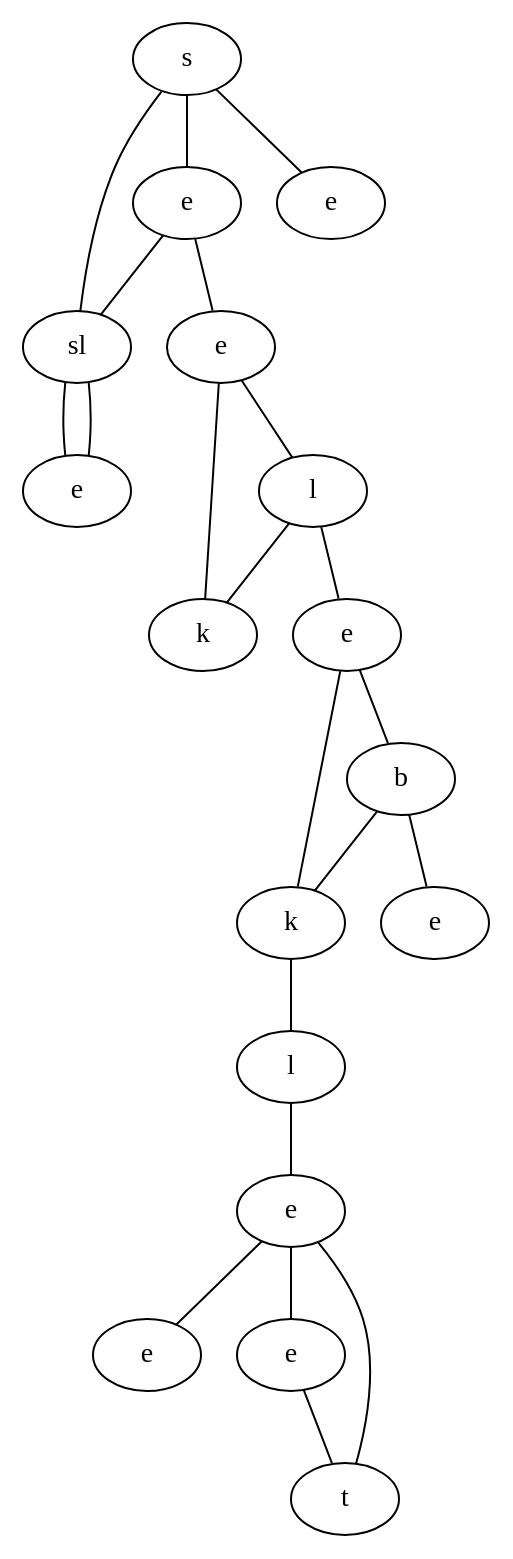
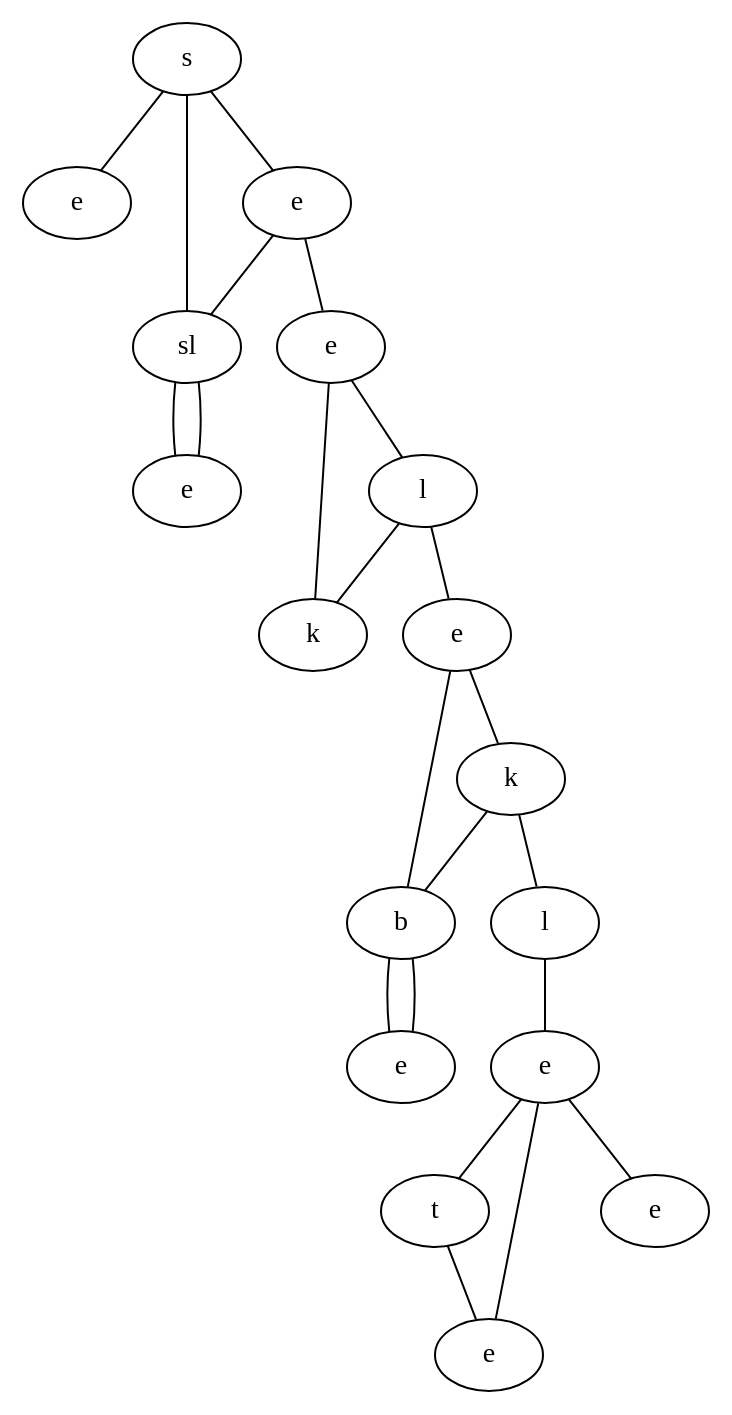
The diagram in data/VGLC/19_test.dot (schrum2/MM-NEAT), drawn with Graphviz before and after one commit. The commit also changed 3 other files, not shown here.

```diff
--- a/data/VGLC/19_test.dot
+++ b/data/VGLC/19_test.dot
@@ -1,40 +1,41 @@
 graph {
-xssH[label="s"]
-Wdqd[label="e"]
-HZdy[label="sl"]
-KYkz[label="e"]
-FiGL[label="e"]
-aCdl[label="e"]
-xBbr[label="l"]
-XLWw[label="k"]
-tfiR[label="e"]
-DGsr[label="b"]
-FlGd[label="k"]
-suCv[label="e"]
-nmMJ[label="l"]
-BCbU[label="e"]
-EhxZ[label="e"]
-hEUZ[label="e"]
-VwTO[label="t"]
-xssH -- Wdqd
-xssH -- HZdy
-xssH -- KYkz
-Wdqd -- HZdy
-Wdqd -- FiGL
-HZdy -- aCdl
-HZdy -- aCdl
-FiGL -- xBbr
-FiGL -- XLWw
-xBbr -- tfiR
-xBbr -- XLWw
-tfiR -- DGsr
-tfiR -- FlGd
-DGsr -- FlGd
-DGsr -- suCv
-FlGd -- nmMJ
-nmMJ -- BCbU
-BCbU -- EhxZ
-BCbU -- hEUZ
-BCbU -- VwTO
-hEUZ -- VwTO
+IpZR[label="s"]
+YkLc[label="e"]
+VfRp[label="e"]
+QQhC[label="sl"]
+cHle[label="e"]
+WVqe[label="e"]
+nEdV[label="l"]
+fDTD[label="k"]
+Zddf[label="e"]
+jTWG[label="k"]
+gcFa[label="b"]
+Nxfd[label="l"]
+qZdt[label="e"]
+btYb[label="e"]
+SmhI[label="t"]
+ETEP[label="e"]
+wMHq[label="e"]
+IpZR -- YkLc
+IpZR -- VfRp
+IpZR -- QQhC
+VfRp -- cHle
+VfRp -- QQhC
+QQhC -- WVqe
+cHle -- nEdV
+cHle -- fDTD
+QQhC -- WVqe
+nEdV -- Zddf
+nEdV -- fDTD
+Zddf -- jTWG
+Zddf -- gcFa
+jTWG -- gcFa
+jTWG -- Nxfd
+gcFa -- qZdt
+gcFa -- qZdt
+Nxfd -- btYb
+btYb -- SmhI
+btYb -- ETEP
+btYb -- wMHq
+SmhI -- ETEP
 }
```
